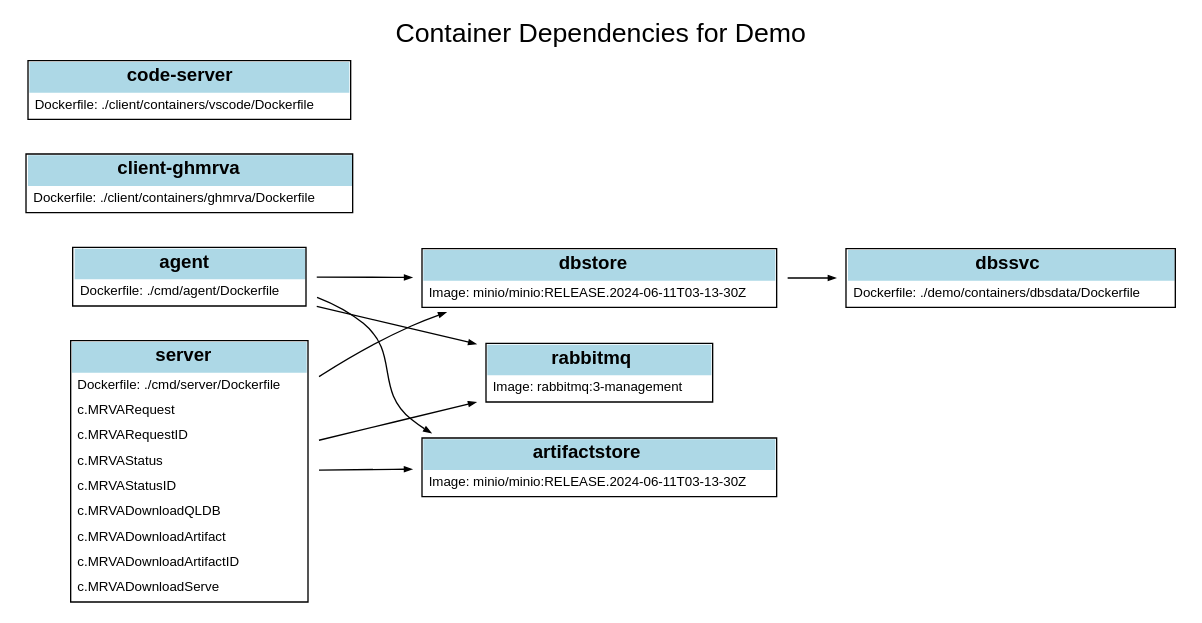
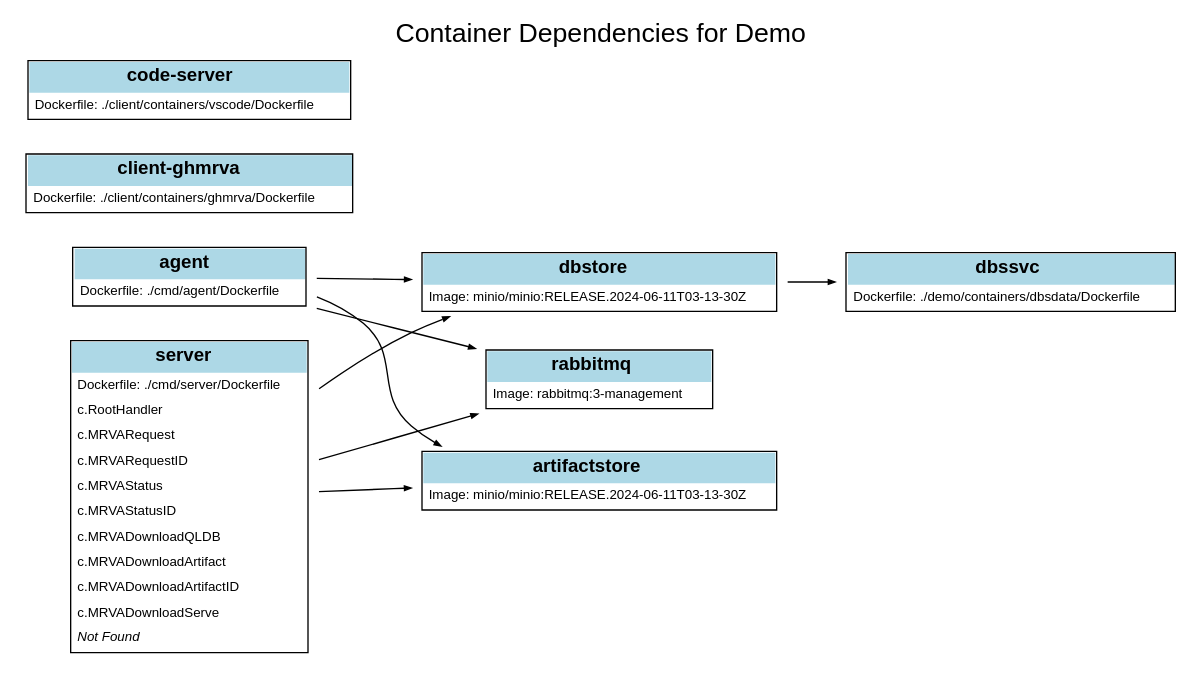
The diagram in notes/system-structure.dot (hohn/mrvacommander), drawn with Graphviz before and after one commit.

Commit message:
urls back in diagram

```diff
--- a/notes/system-structure.dot
+++ b/notes/system-structure.dot
@@ -1,110 +1,122 @@
 digraph DockerComposeDemo {
     rankdir=LR; // Left-to-right layout
     node [shape=plaintext fontname="Helvetica"];
     edge [arrowsize=0.5];
     
     // Title
     label="Container Dependencies for Demo";
     labelloc=top;
     fontsize=20;
     fontname="Helvetica";
 
-    // Define nodes with Dockerfile references
+    // Define nodes with clickable Dockerfile references
     dbssvc [
+        href="../demo/containers/dbsdata/Dockerfile"
+        target="_blank"
         shape=plaintext
         label=<
             <table border="1" cellborder="0" cellspacing="0" cellpadding="4">
                 <tr><td colspan="1" bgcolor="lightblue"><b>dbssvc</b></td></tr>
                 <tr><td align="left"><font point-size="10">Dockerfile: ./demo/containers/dbsdata/Dockerfile</font></td></tr>
             </table>
         >
     ];
 
     dbstore [
         shape=plaintext
         label=<
             <table border="1" cellborder="0" cellspacing="0" cellpadding="4">
                 <tr><td colspan="1" bgcolor="lightblue"><b>dbstore</b></td></tr>
                 <tr><td align="left"><font point-size="10">Image: minio/minio:RELEASE.2024-06-11T03-13-30Z</font></td></tr>
             </table>
         >
     ];
 
     client_ghmrva [
+        href="../client/containers/ghmrva/Dockerfile"
+        target="_blank"
         shape=plaintext
         label=<
             <table border="1" cellborder="0" cellspacing="0" cellpadding="4">
                 <tr><td colspan="1" bgcolor="lightblue"><b>client-ghmrva</b></td></tr>
                 <tr><td align="left"><font point-size="10">Dockerfile: ./client/containers/ghmrva/Dockerfile</font></td></tr>
             </table>
         >
     ];
 
     code_server [
+        href="../client/containers/vscode/Dockerfile"
+        target="_blank"
         shape=plaintext
         label=<
             <table border="1" cellborder="0" cellspacing="0" cellpadding="4">
                 <tr><td colspan="1" bgcolor="lightblue"><b>code-server</b></td></tr>
                 <tr><td align="left"><font point-size="10">Dockerfile: ./client/containers/vscode/Dockerfile</font></td></tr>
             </table>
         >
     ];
 
     rabbitmq [
         shape=plaintext
         label=<
             <table border="1" cellborder="0" cellspacing="0" cellpadding="4">
                 <tr><td colspan="1" bgcolor="lightblue"><b>rabbitmq</b></td></tr>
                 <tr><td align="left"><font point-size="10">Image: rabbitmq:3-management</font></td></tr>
             </table>
         >
     ];
 
     artifactstore [
         shape=plaintext
         label=<
             <table border="1" cellborder="0" cellspacing="0" cellpadding="4">
                 <tr><td colspan="1" bgcolor="lightblue"><b>artifactstore</b></td></tr>
                 <tr><td align="left"><font point-size="10">Image: minio/minio:RELEASE.2024-06-11T03-13-30Z</font></td></tr>
             </table>
         >
     ];
 
     agent [
+        href="../cmd/agent/Dockerfile"
+        target="_blank"
         shape=plaintext
         label=<
             <table border="1" cellborder="0" cellspacing="0" cellpadding="4">
                 <tr><td colspan="1" bgcolor="lightblue"><b>agent</b></td></tr>
                 <tr><td align="left"><font point-size="10">Dockerfile: ./cmd/agent/Dockerfile</font></td></tr>
             </table>
         >
     ];
 
     // Expanded 'server' node with handler names and Dockerfile reference
     server [
+        href="../cmd/server/Dockerfile"
+        target="_blank"
         shape=plaintext
         label=<
             <table border="1" cellborder="0" cellspacing="0" cellpadding="4">
                 <tr><td colspan="1" bgcolor="lightblue"><b>server</b></td></tr>
                 <tr><td align="left"><font point-size="10">Dockerfile: ./cmd/server/Dockerfile</font></td></tr>
+                <tr><td align="left"><font point-size="10">c.RootHandler</font></td></tr>
                 <tr><td align="left"><font point-size="10">c.MRVARequest</font></td></tr>
                 <tr><td align="left"><font point-size="10">c.MRVARequestID</font></td></tr>
                 <tr><td align="left"><font point-size="10">c.MRVAStatus</font></td></tr>
                 <tr><td align="left"><font point-size="10">c.MRVAStatusID</font></td></tr>
                 <tr><td align="left"><font point-size="10">c.MRVADownloadQLDB</font></td></tr>
                 <tr><td align="left"><font point-size="10">c.MRVADownloadArtifact</font></td></tr>
                 <tr><td align="left"><font point-size="10">c.MRVADownloadArtifactID</font></td></tr>
                 <tr><td align="left"><font point-size="10">c.MRVADownloadServe</font></td></tr>
+                <tr><td align="left"><font point-size="10"><i>Not Found</i></font></td></tr>
             </table>
         >
     ];
 
     // Define edges (dependencies)
     dbstore -> dbssvc;
     server -> dbstore;
     server -> rabbitmq;
     server -> artifactstore;
     agent -> dbstore;
     agent -> artifactstore;
     agent -> rabbitmq;
 }
```
